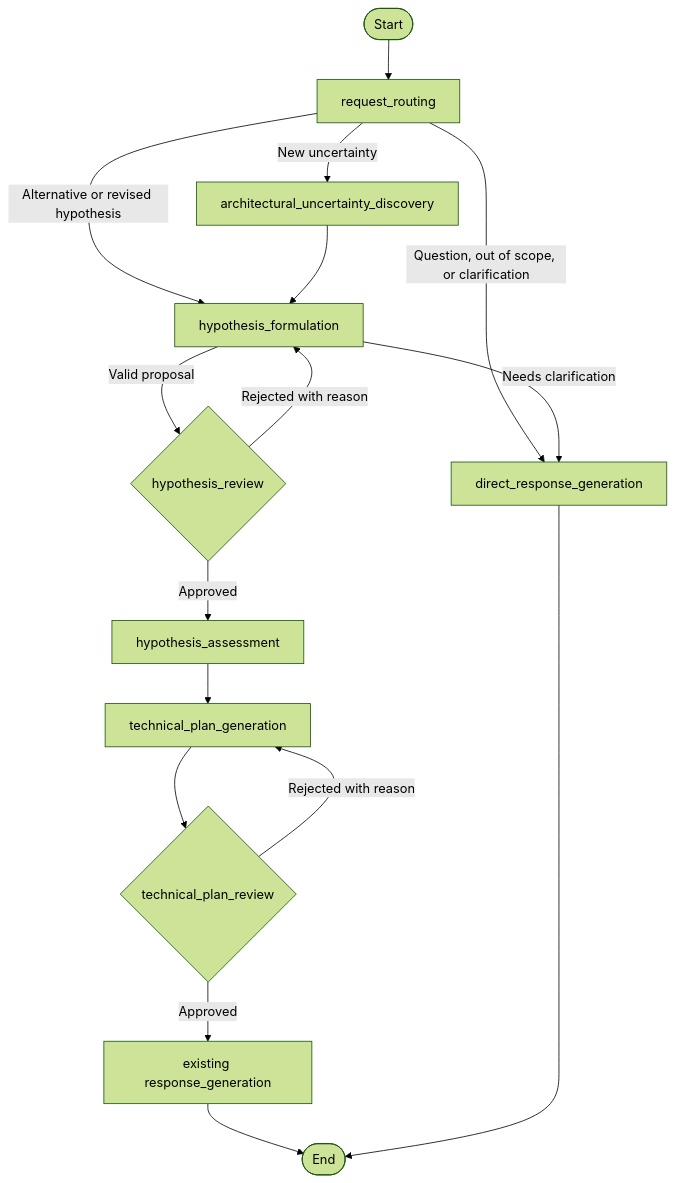
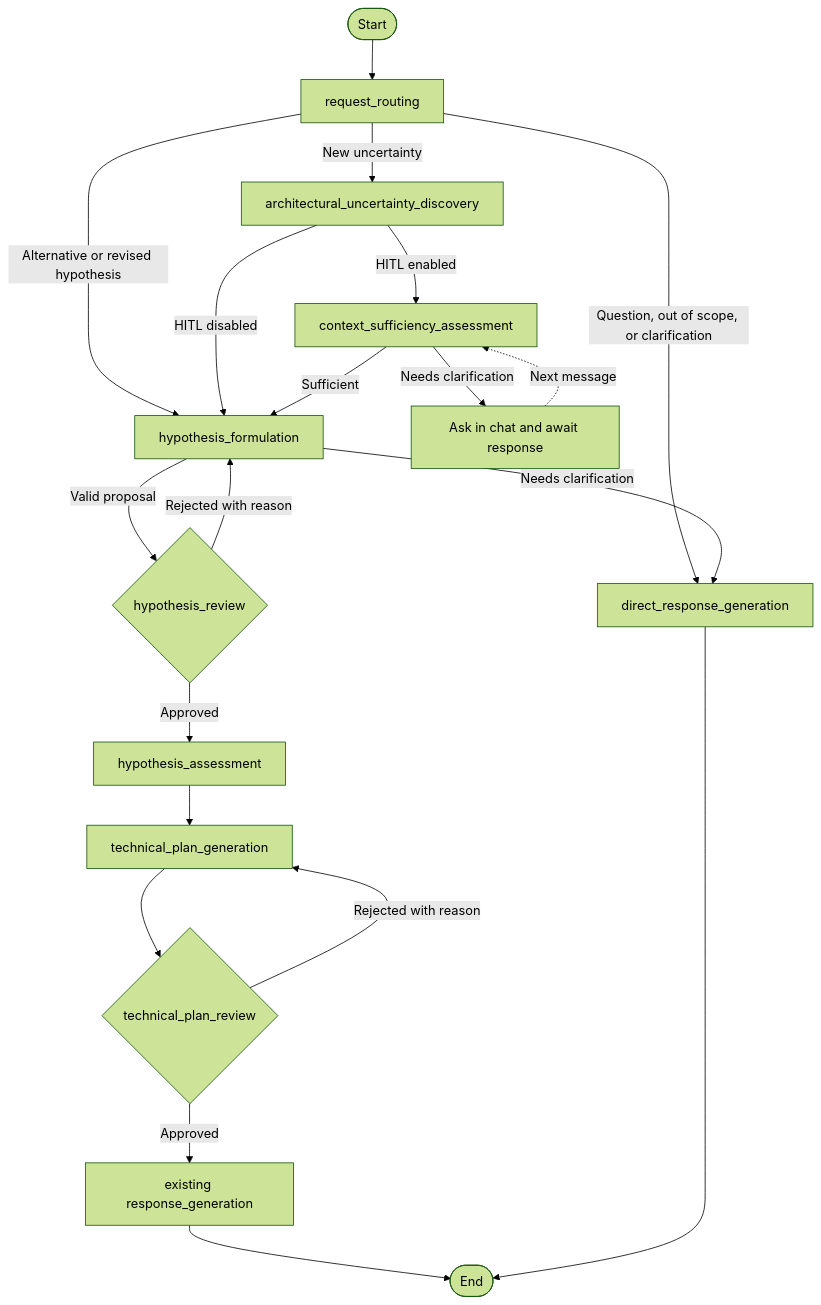
The diagram in docs/archhypo-flow.md (archhypo-ai/archflow-solo), drawn with Mermaid (forest theme) before and after one commit. The commit also changed other lines of this file and 13 other files, not shown here.

Commit message:
feat: add context sufficiency interview

````diff
--- a/docs/archhypo-flow.md
+++ b/docs/archhypo-flow.md
@@ -27,18 +27,22 @@
 ```mermaid
 flowchart TD
     START([Start]) --> ROUTING[request_routing]
     ROUTING -->|New uncertainty| DISCOVERY[architectural_uncertainty_discovery]
     ROUTING -->|Alternative or revised hypothesis| FORMULATION[hypothesis_formulation]
     ROUTING -->|Question, out of scope, or clarification| DIRECT[direct_response_generation]
-    DISCOVERY --> FORMULATION[hypothesis_formulation]
+    DISCOVERY -->|HITL enabled| SUFFICIENCY[context_sufficiency_assessment]
+    DISCOVERY -->|HITL disabled| FORMULATION[hypothesis_formulation]
+    SUFFICIENCY -->|Sufficient| FORMULATION
+    SUFFICIENCY -->|Needs clarification| WAIT[Ask in chat and await response]
+    WAIT -.->|Next message| SUFFICIENCY
     FORMULATION -->|Valid proposal| REVIEW{hypothesis_review}
     FORMULATION -->|Needs clarification| DIRECT
     REVIEW -->|Approved| ASSESSMENT[hypothesis_assessment]
     REVIEW -->|Rejected with reason| FORMULATION
     ASSESSMENT --> PLAN[technical_plan_generation]
     PLAN --> PLAN_REVIEW{technical_plan_review}
     PLAN_REVIEW -->|Approved| RESPONSE[existing response_generation]
     PLAN_REVIEW -->|Rejected with reason| PLAN
     RESPONSE --> END([End])
     DIRECT --> END
 ```
````
